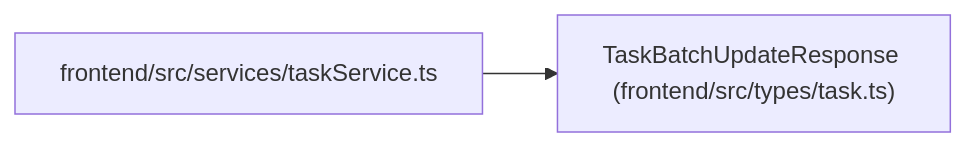
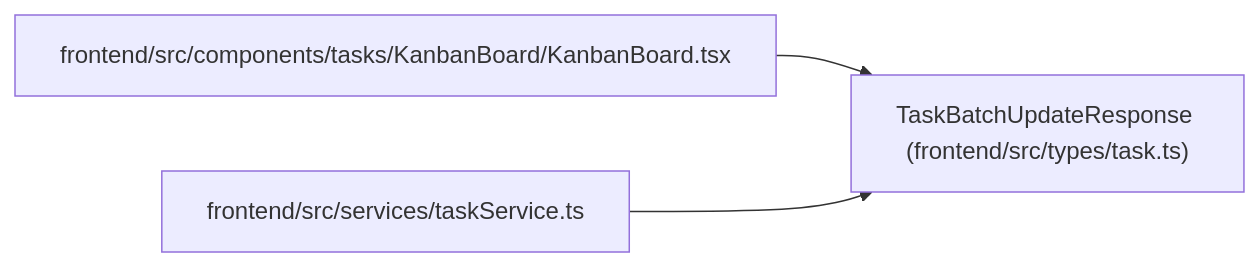
One commit to Denissvgn/WorkChord changed the diagram in docs/llm_wiki/entities/types_task_TaskBatchUpdateResponse.md. Above: the diagram before and after it, drawn with Mermaid. The commit also changed other lines of this file and 372 other files, not shown here.

````diff
--- a/docs/llm_wiki/entities/types_task_TaskBatchUpdateResponse.md
+++ b/docs/llm_wiki/entities/types_task_TaskBatchUpdateResponse.md
@@ -26,8 +26,11 @@
 ```mermaid
 flowchart LR
     n0["TaskBatchUpdateResponse (frontend/src/types/task.ts)"]
-    n1["frontend/src/services/taskService.ts"]
+    n1["frontend/src/components/tasks/KanbanBoard/KanbanBoard.tsx"]
+    n2["frontend/src/services/taskService.ts"]
     n1 --> n0
+    n2 --> n0
     click n0 "../modules/types_task.md"
-    click n1 "../modules/taskService.md"
+    click n1 "../modules/KanbanBoard.md"
+    click n2 "../modules/taskService.md"
 ```
````
